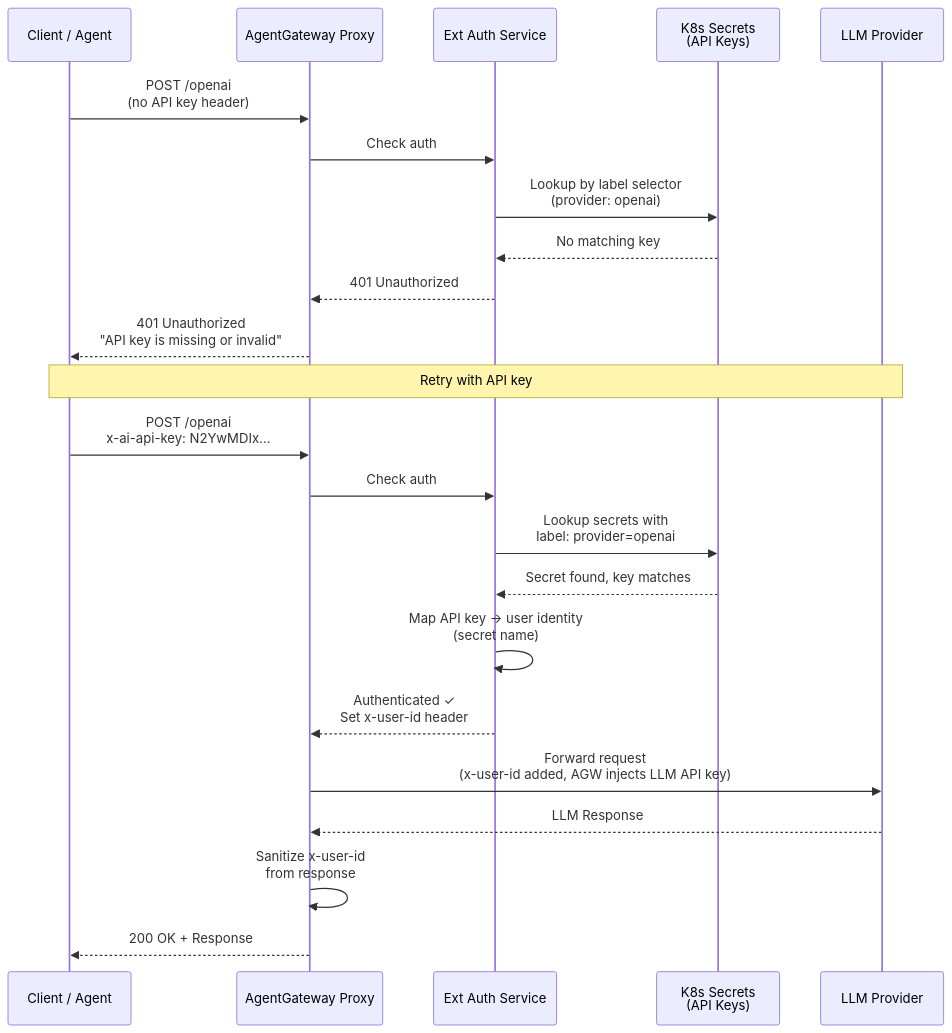
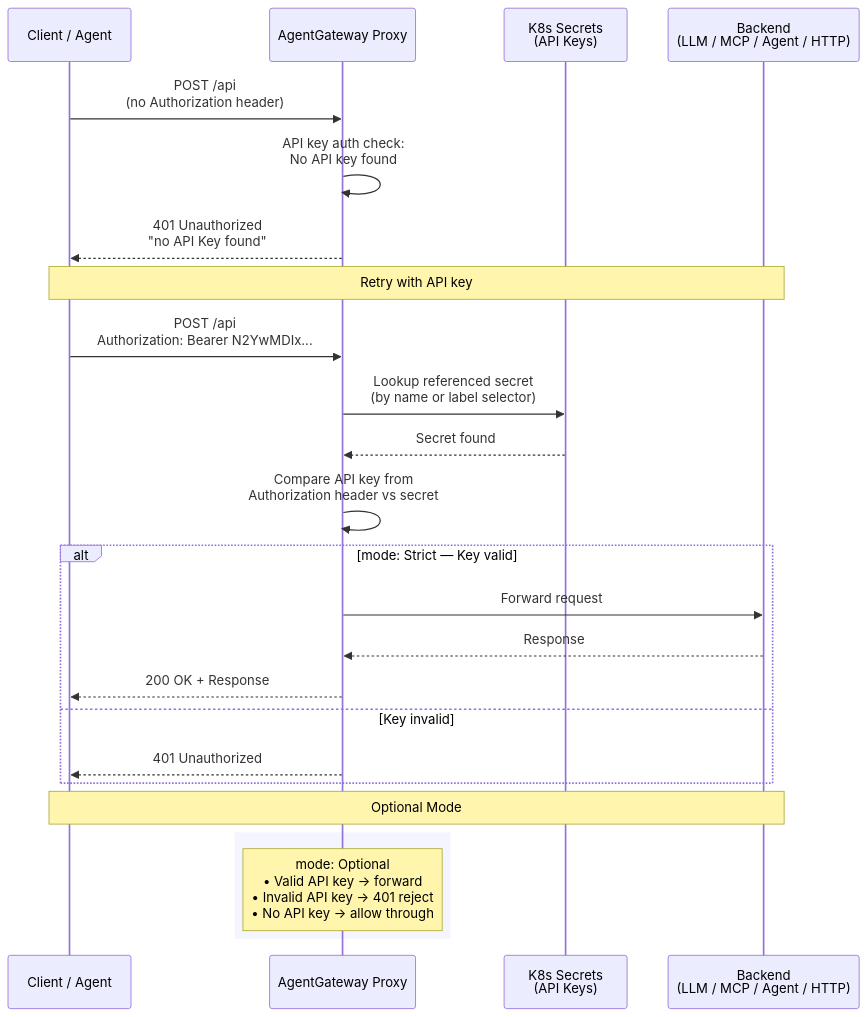
Before and after one commit to find-arka/diagrams: the fifth of 14 diagrams in agentgateway/security/README.md, drawn with Mermaid. The commit also changed other lines of this file, not shown here.

Commit message:
Incorporate basic auth suggestions

````diff
--- a/agentgateway/security/README.md
+++ b/agentgateway/security/README.md
@@ -239,28 +249,36 @@
 ```mermaid
 sequenceDiagram
     participant C as Client / Agent
     participant AGW as AgentGateway Proxy
-    participant EA as Ext Auth Service
     participant K8s as K8s Secrets<br/>(API Keys)
-    participant LLM as LLM Provider
+    participant Backend as Backend<br/>(LLM / MCP / Agent / HTTP)
 
-    C->>AGW: POST /openai<br/>(no API key header)
-    AGW->>EA: Check auth
-    EA->>K8s: Lookup by label selector<br/>(provider: openai)
-    K8s-->>EA: No matching key
-    EA-->>AGW: 401 Unauthorized
-    AGW-->>C: 401 Unauthorized<br/>"API key is missing or invalid"
+    C->>AGW: POST /api<br/>(no Authorization header)
 
-    Note over C,LLM: Retry with API key
+    AGW->>AGW: API key auth check:<br/>No API key found
 
-    C->>AGW: POST /openai<br/>x-ai-api-key: N2YwMDIx...
-    AGW->>EA: Check auth
-    EA->>K8s: Lookup secrets with<br/>label: provider=openai
-    K8s-->>EA: Secret found, key matches
-    EA->>EA: Map API key → user identity<br/>(secret name)
-    EA-->>AGW: Authenticated ✓<br/>Set x-user-id header
-    AGW->>LLM: Forward request<br/>(x-user-id added, AGW injects LLM API key)
-    LLM-->>AGW: LLM Response
-    AGW->>AGW: Sanitize x-user-id<br/>from response
-    AGW-->>C: 200 OK + Response
+    AGW-->>C: 401 Unauthorized<br/>"no API Key found"
+
+    Note over C,Backend: Retry with API key
+
+    C->>AGW: POST /api<br/>Authorization: Bearer N2YwMDIx...
+
+    AGW->>K8s: Lookup referenced secret<br/>(by name or label selector)
+    K8s-->>AGW: Secret found
+
+    AGW->>AGW: Compare API key from<br/>Authorization header vs secret
+
+    alt mode: Strict — Key valid
+        AGW->>Backend: Forward request
+        Backend-->>AGW: Response
+        AGW-->>C: 200 OK + Response
+    else Key invalid
+        AGW-->>C: 401 Unauthorized
+    end
+
+    Note over C,Backend: Optional Mode
+
+    rect rgb(245, 245, 255)
+        Note over AGW: mode: Optional<br/>• Valid API key → forward<br/>• Invalid API key → 401 reject<br/>• No API key → allow through
+    end
 ```
````
